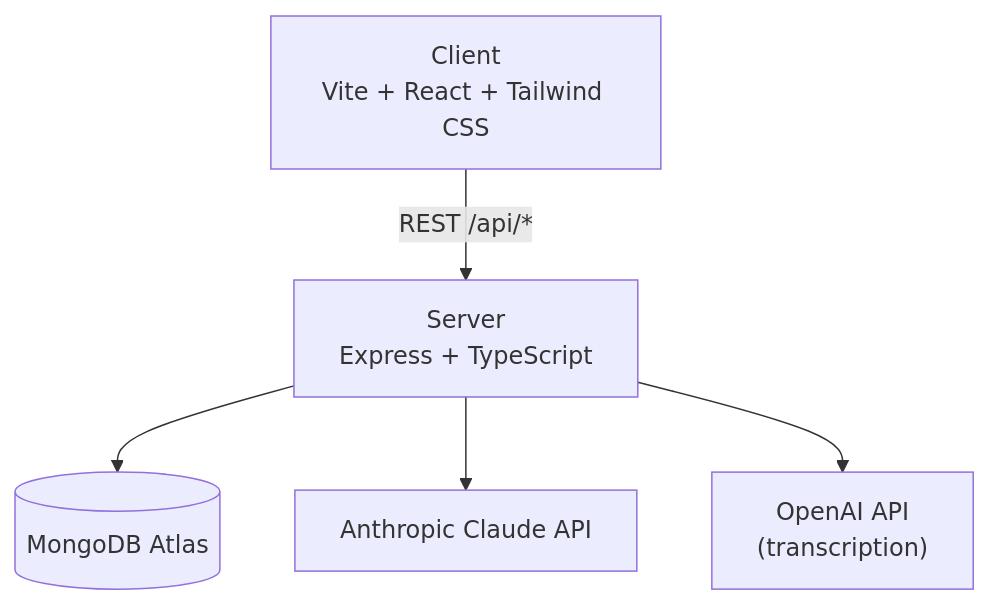
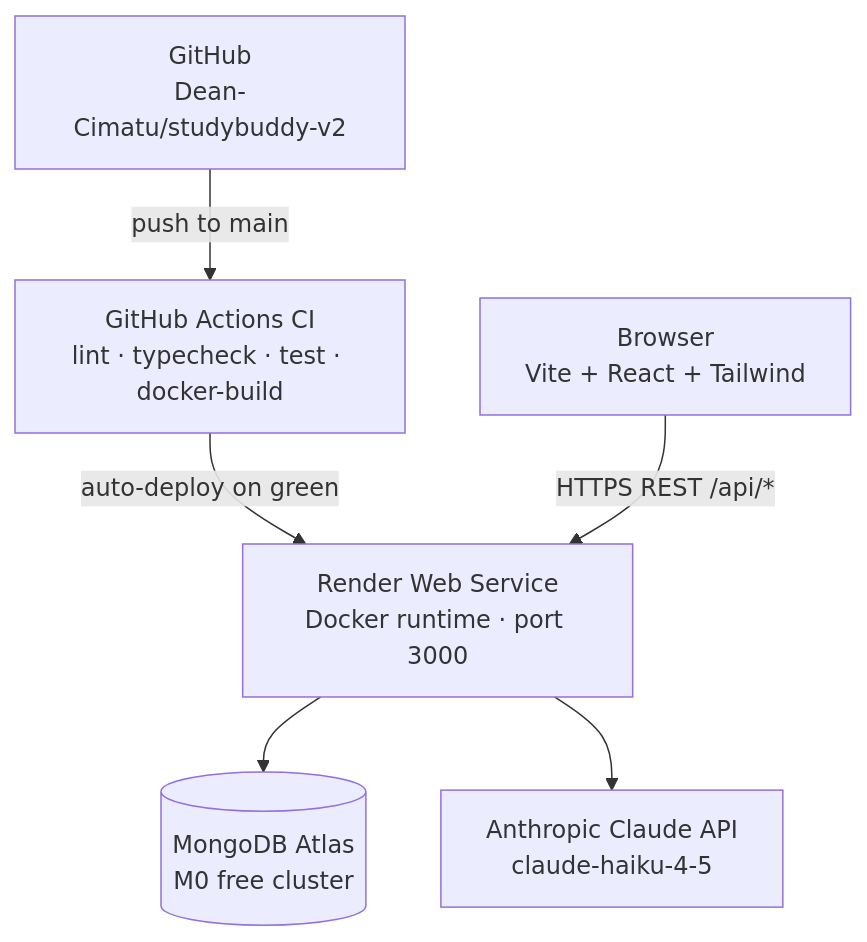
The diagram in README.md (Dean-Cimatu/studybuddy-v2), drawn with Mermaid before and after one commit. The commit also changed other lines of this file and 2 other files, not shown here.

First line of the commit message:
feat(infra): render.yaml blueprint and keep-warm cron

````diff
--- a/README.md
+++ b/README.md
@@ -11,13 +11,15 @@
 ```mermaid
 graph TD
-    Client["Client<br/>Vite + React + Tailwind CSS"]
-    Server["Server<br/>Express + TypeScript"]
-    DB[("MongoDB Atlas")]
-    Claude["Anthropic Claude API"]
-    OpenAI["OpenAI API<br/>(transcription)"]
+    GH["GitHub\nDean-Cimatu/studybuddy-v2"]
+    CI["GitHub Actions CI\nlint · typecheck · test · docker-build"]
+    Render["Render Web Service\nDocker runtime · port 3000"]
+    Atlas[("MongoDB Atlas\nM0 free cluster")]
+    Claude["Anthropic Claude API\nclaude-haiku-4-5"]
+    Browser["Browser\nVite + React + Tailwind"]
 
-    Client -->|REST /api/*| Server
-    Server --> DB
-    Server --> Claude
-    Server --> OpenAI
+    GH -->|push to main| CI
+    CI -->|auto-deploy on green| Render
+    Browser -->|HTTPS REST /api/*| Render
+    Render --> Atlas
+    Render --> Claude
 ```
````
